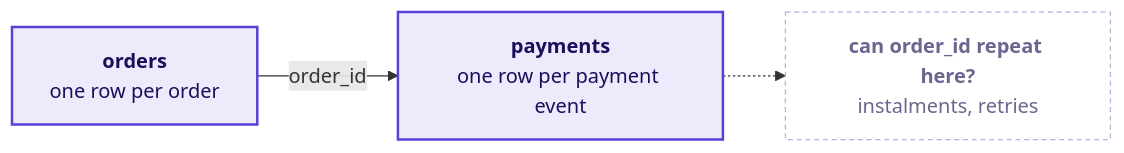
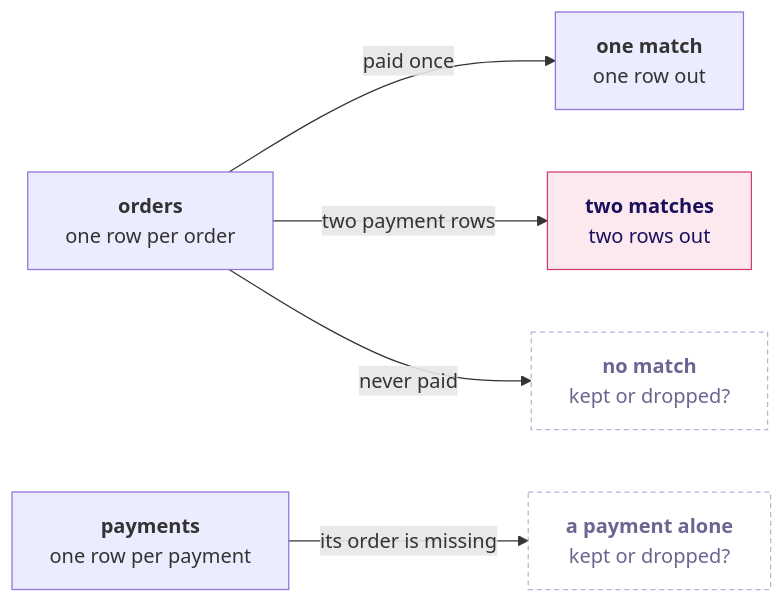
The first of 6 diagrams in content/W02/D2/whiteboards/C2_W02_D02_board_STUDENT.md (fde-academy-lab/c2-content-factory), drawn with Mermaid before and after one commit. The commit also changed other lines of this file and 8 other files, not shown here.

````diff
--- a/content/W02/D2/whiteboards/C2_W02_D02_board_STUDENT.md
+++ b/content/W02/D2/whiteboards/C2_W02_D02_board_STUDENT.md
@@ -16,9 +16,11 @@
 ```mermaid
 flowchart LR
-    O["<b>orders</b><br/>one row per order"] -->|"order_id"| P["<b>payments</b><br/>one row per payment event"]
-    P -.-> Q["<b>can order_id repeat here?</b><br/>instalments, retries"]
-    classDef known fill:#EEEAFB,stroke:#5B3FD6,color:#1A0F5C,stroke-width:2px
+    O["<b>orders</b><br/>one row per order"] -->|"paid once"| M1["<b>one match</b><br/>one row out"]
+    O -->|"two payment rows"| M2["<b>two matches</b><br/>two rows out"]
+    O -->|"never paid"| M0["<b>no match</b><br/>kept or dropped?"]
+    P["<b>payments</b><br/>one row per payment"] -->|"its order is missing"| X["<b>a payment alone</b><br/>kept or dropped?"]
+    classDef bad fill:#FBE9EF,stroke:#D63A6A,color:#1A0F5C
     classDef unknown fill:#FFFFFF,stroke:#B8B2D6,color:#6B6690,stroke-dasharray:4 3
-    class O,P known
-    class Q unknown
+    class M2 bad
+    class M0,X unknown
 ```
````
